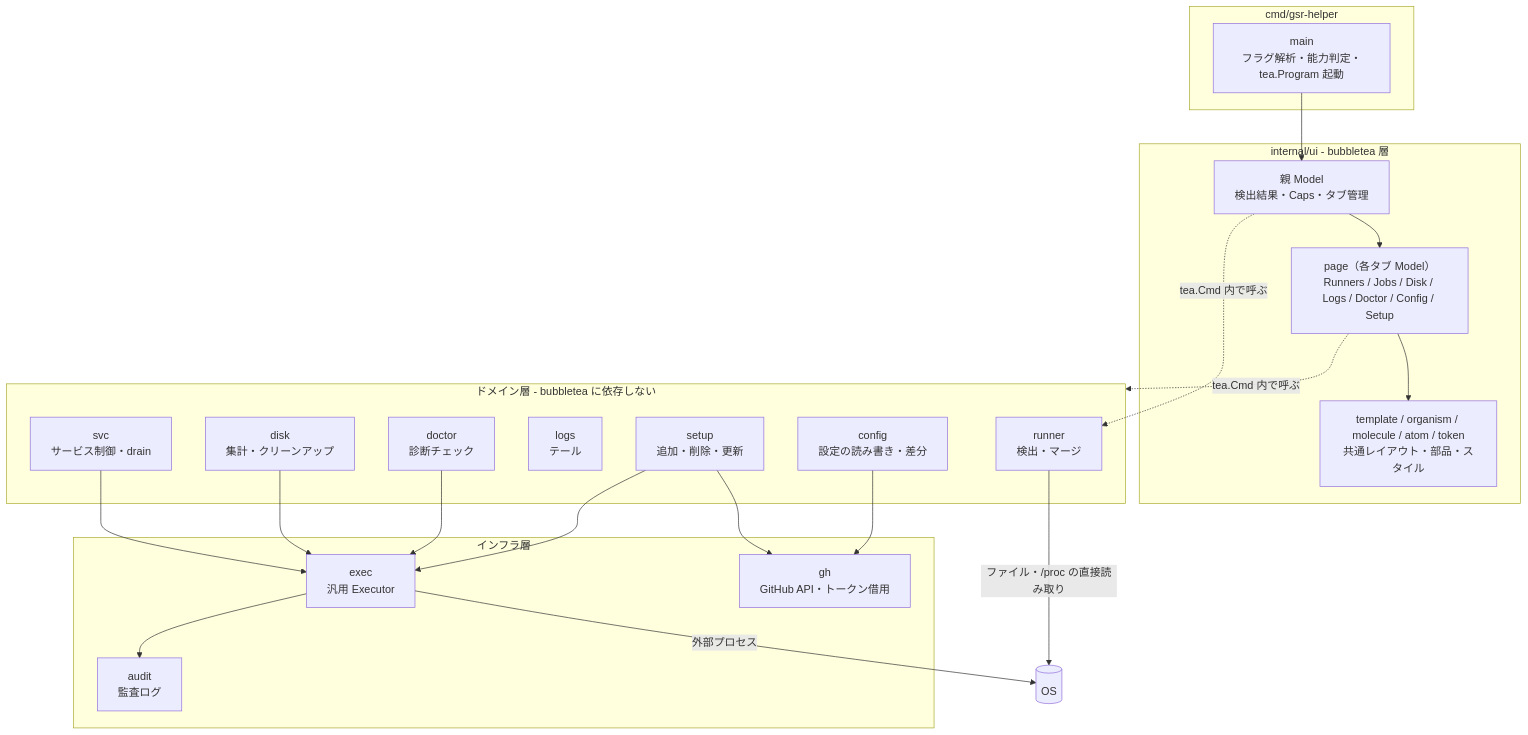
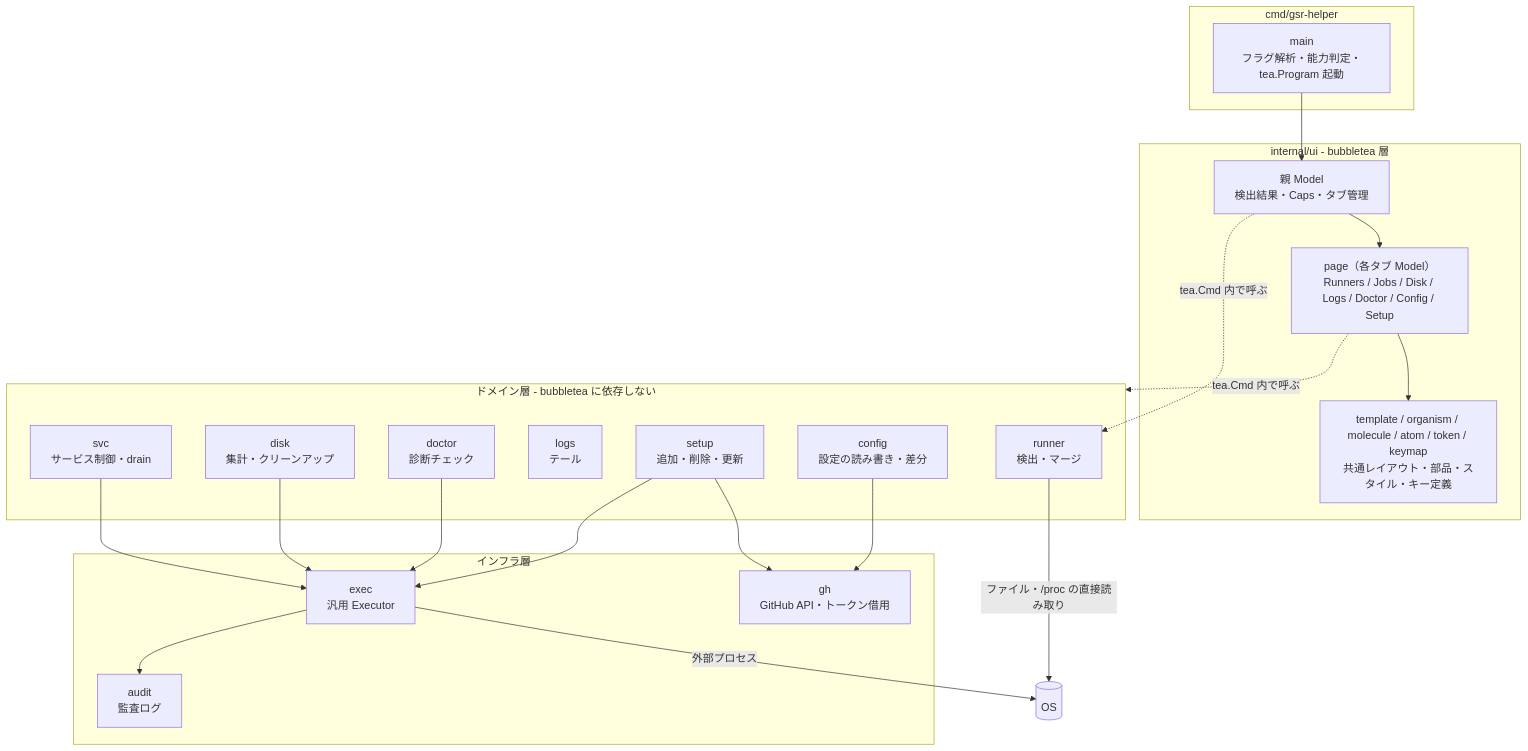
One commit to ousiassllc/gsr-helper changed the first of 4 diagrams in docs/architecture/overview.md. Above: the diagram before and after it, drawn with Mermaid. The commit also changed other lines of this file and 4 other files, not shown here.

````diff
--- a/docs/architecture/overview.md
+++ b/docs/architecture/overview.md
@@ -7,45 +7,45 @@
 ```mermaid
 graph TD
     subgraph cmd[cmd/gsr-helper]
         Main[main<br/>フラグ解析・能力判定・tea.Program 起動]
     end
 
     subgraph ui[internal/ui - bubbletea 層]
         App[親 Model<br/>検出結果・Caps・タブ管理]
         Tabs[page（各タブ Model）<br/>Runners / Jobs / Disk / Logs / Doctor / Config / Setup]
-        Forms[template / organism / molecule / atom / token<br/>共通レイアウト・部品・スタイル]
+        Forms[template / organism / molecule / atom / token / keymap<br/>共通レイアウト・部品・スタイル・キー定義]
     end
 
     subgraph domain[ドメイン層 - bubbletea に依存しない]
         Runner[runner<br/>検出・マージ]
         Svc[svc<br/>サービス制御・drain]
         Disk[disk<br/>集計・クリーンアップ]
         Logs[logs<br/>テール]
         Doctor[doctor<br/>診断チェック]
         Conf[config<br/>設定の読み書き・差分]
         Setup[setup<br/>追加・削除・更新]
     end
 
     subgraph infra[インフラ層]
         Exec[exec<br/>汎用 Executor]
         GH[gh<br/>GitHub API・トークン借用]
         Audit[audit<br/>監査ログ]
     end
 
     Main --> App
     App --> Tabs
     Tabs --> Forms
     Tabs -.->|tea.Cmd 内で呼ぶ| domain
     App -.->|tea.Cmd 内で呼ぶ| Runner
 
     Svc --> Exec
     Disk --> Exec
     Doctor --> Exec
     Setup --> Exec
     Setup --> GH
     Conf --> GH
     Exec --> Audit
 
     Runner -->|ファイル・/proc の直接読み取り| OS[(OS)]
     Exec -->|外部プロセス| OS
 ```
````
